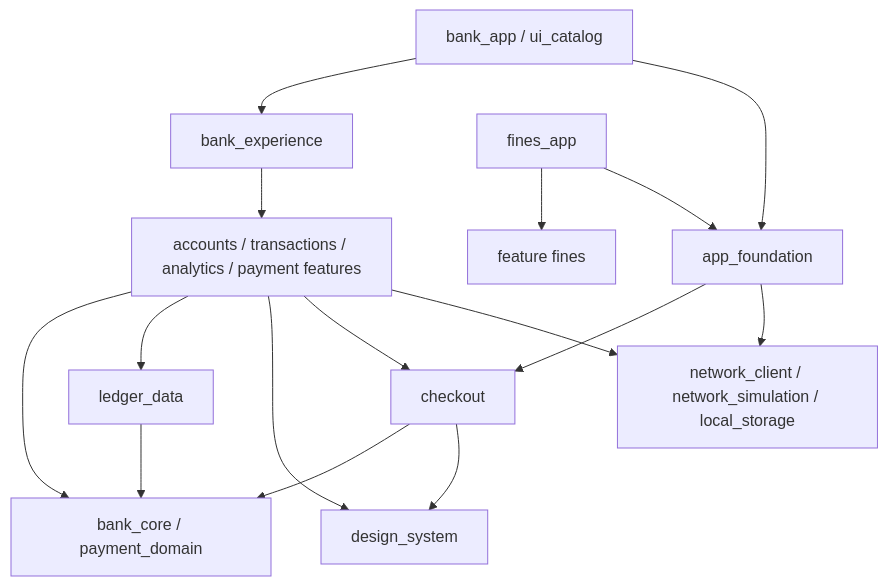
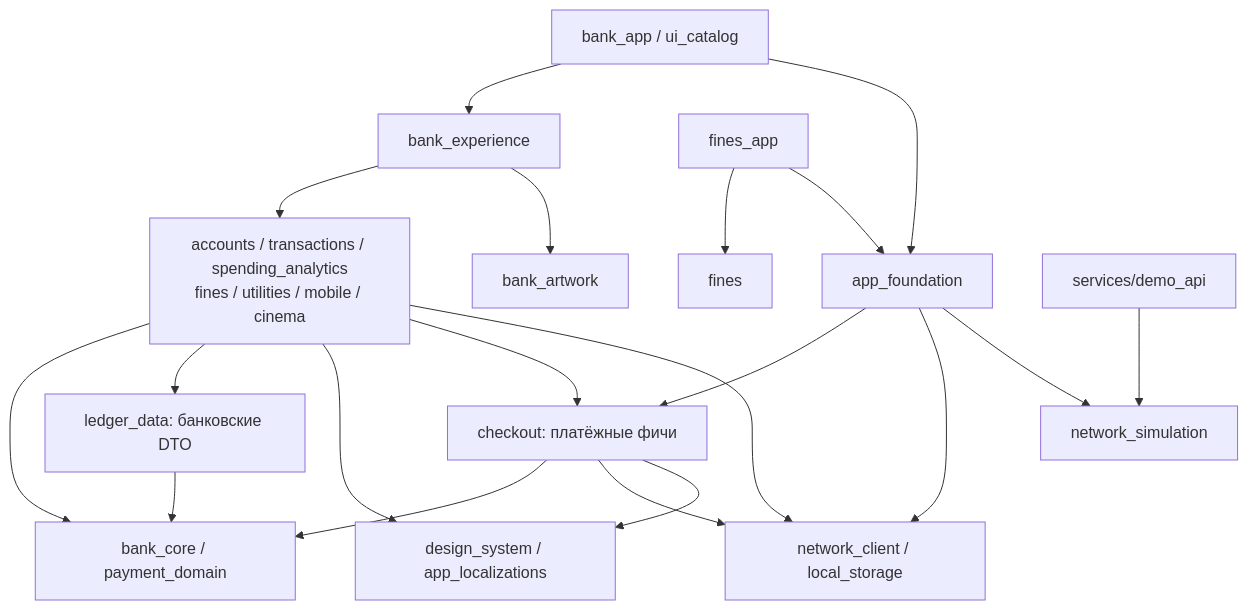
The second of 4 diagrams in docs/architecture.md (Atreides07/DemoBank), drawn with Mermaid before and after one commit. The commit also changed other lines of this file and 178 other files, not shown here.

First line of the commit message:
Improve app performance and harden tested user flows

````diff
--- a/docs/architecture.md
+++ b/docs/architecture.md
@@ -5,18 +78,22 @@
 ```mermaid
 flowchart TD
-  Bank[bank_app / ui_catalog] --> Experience[bank_experience]
-  FinesApp[fines_app] --> Fines[feature fines]
-  Bank --> Foundation[app_foundation]
+  Bank["bank_app / ui_catalog"] --> Experience["bank_experience"]
+  FinesApp["fines_app"] --> Fines["fines"]
+  Bank --> Foundation["app_foundation"]
   FinesApp --> Foundation
-  Experience --> Features[accounts / transactions / analytics / payment features]
-  Features --> Domain[bank_core / payment_domain]
-  Features --> Data[ledger_data]
-  Data --> Domain
-  Features --> DS[design_system]
-  Features --> Checkout[checkout]
+  Experience --> Features["accounts / transactions / spending_analytics\nfines / utilities / mobile / cinema"]
+  Experience --> Artwork["bank_artwork"]
+  Features --> Domain["bank_core / payment_domain"]
+  Features --> Mapper["ledger_data: банковские DTO"]
+  Mapper --> Domain
+  Features --> DS["design_system / app_localizations"]
+  Features --> Checkout["checkout: платёжные фичи"]
+  Features --> Infra["network_client / local_storage"]
   Foundation --> Checkout
-  Foundation --> Infra[network_client / network_simulation / local_storage]
-  Features --> Infra
+  Foundation --> Infra
+  Foundation --> Sim["network_simulation"]
   Checkout --> Domain
+  Checkout --> Infra
   Checkout --> DS
+  Server["services/demo_api"] --> Sim
 ```
````
